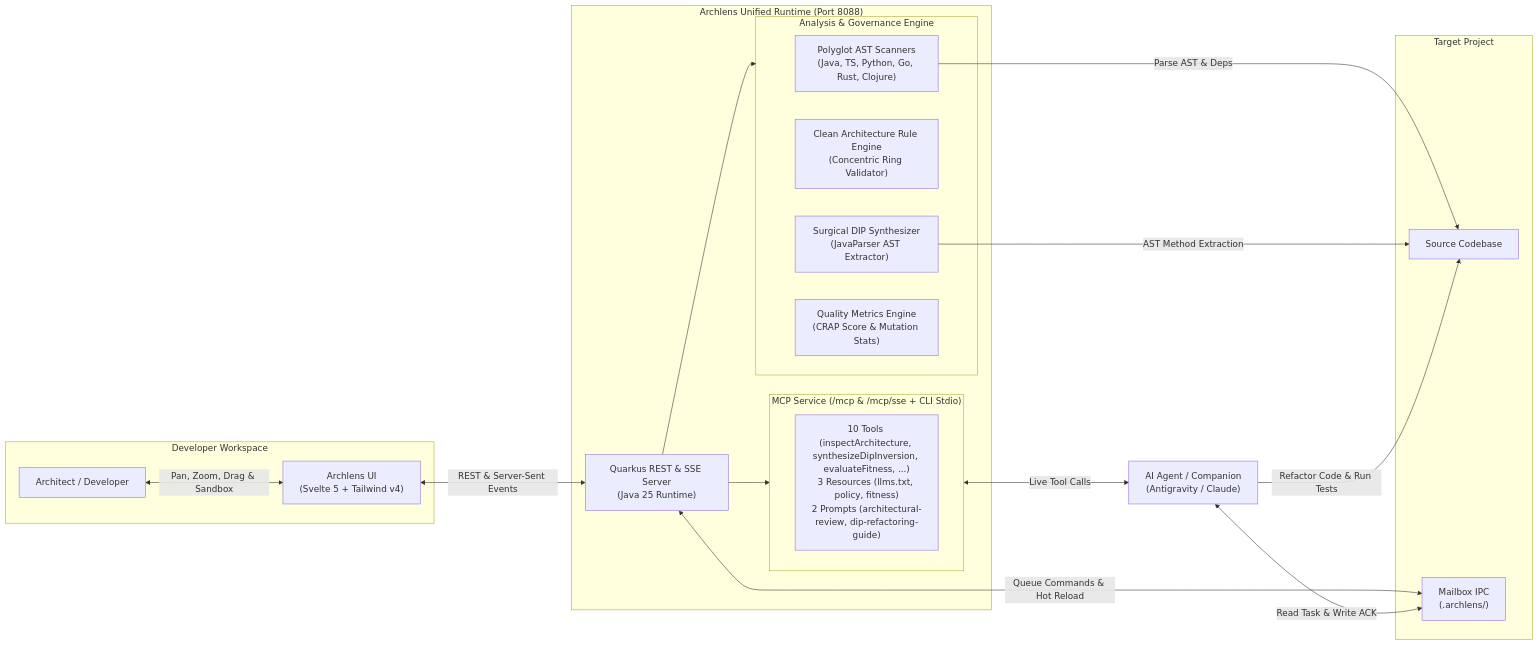
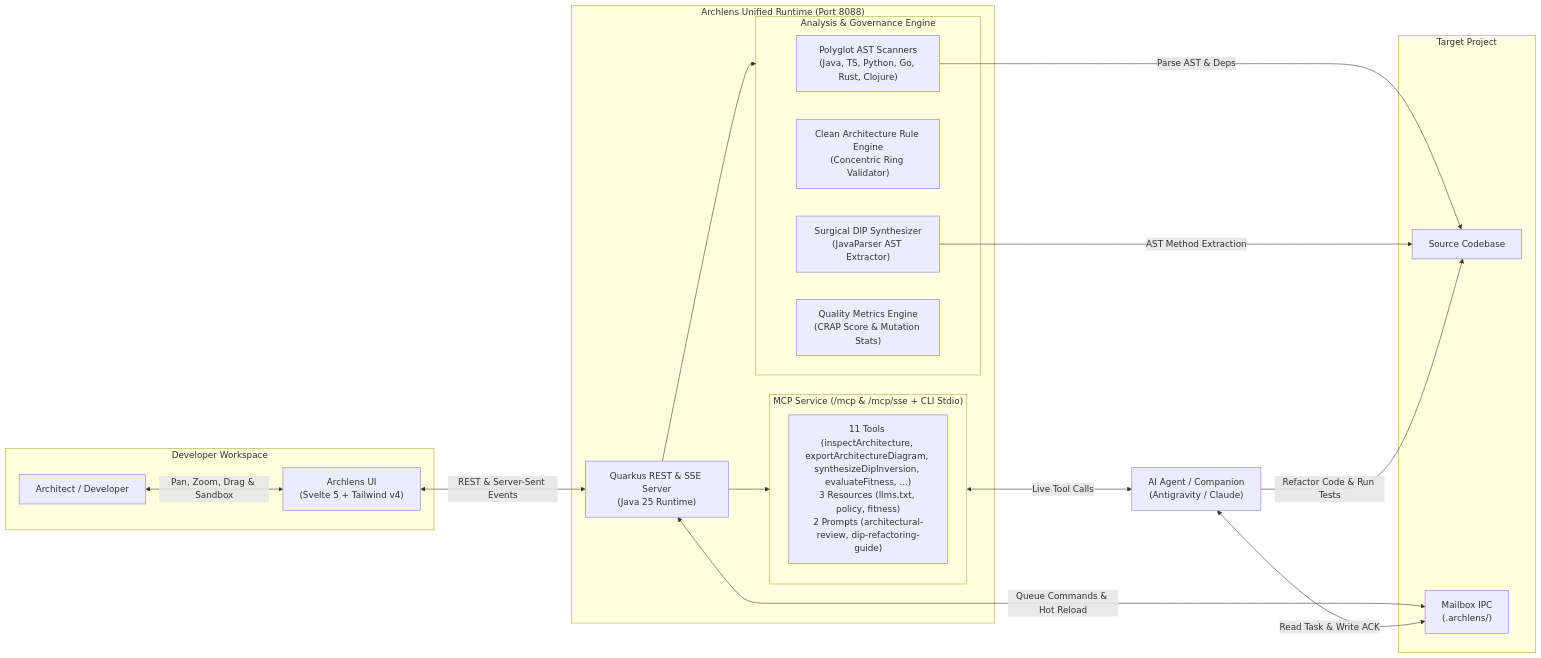
Before and after one commit to fmatar/archlens: the first of 2 diagrams in wiki/Architecture.md, drawn with Mermaid. The commit also changed 10 other files, not shown here.

````diff
--- a/wiki/Architecture.md
+++ b/wiki/Architecture.md
@@ -9,40 +9,40 @@
 ```mermaid
 flowchart LR
     subgraph Client ["Developer Workspace"]
         User["Architect / Developer"]
         Browser["Archlens UI<br/>(Svelte 5 + Tailwind v4)"]
     end
 
     subgraph Runtime ["Archlens Unified Runtime (Port 8088)"]
         Server["Quarkus REST & SSE Server<br/>(Java 25 Runtime)"]
         
         subgraph Core ["Analysis & Governance Engine"]
             Scanner["Polyglot AST Scanners<br/>(Java, TS, Python, Go, Rust, Clojure)"]
             Rules["Clean Architecture Rule Engine<br/>(Concentric Ring Validator)"]
             Synthesizer["Surgical DIP Synthesizer<br/>(JavaParser AST Extractor)"]
             Metrics["Quality Metrics Engine<br/>(CRAP Score & Mutation Stats)"]
         end
         
         subgraph McpServer ["MCP Service (/mcp & /mcp/sse + CLI Stdio)"]
-            Tools["10 Tools (inspectArchitecture, synthesizeDipInversion, evaluateFitness, ...)<br/>3 Resources (llms.txt, policy, fitness)<br/>2 Prompts (architectural-review, dip-refactoring-guide)"]
+            Tools["11 Tools (inspectArchitecture, exportArchitectureDiagram, synthesizeDipInversion, evaluateFitness, ...)<br/>3 Resources (llms.txt, policy, fitness)<br/>2 Prompts (architectural-review, dip-refactoring-guide)"]
         end
     end
 
     subgraph Storage ["Target Project"]
         Code["Source Codebase"]
         Mailbox["Mailbox IPC<br/>(.archlens/)"]
     end
 
     Agent["AI Agent / Companion<br/>(Antigravity / Claude)"]
 
     User <-->|Pan, Zoom, Drag & Sandbox| Browser
     Browser <-->|REST & Server-Sent Events| Server
     Server --> Core
     Scanner -->|Parse AST & Deps| Code
     Synthesizer -->|AST Method Extraction| Code
     Server <-->|Queue Commands & Hot Reload| Mailbox
     Server --> McpServer
     McpServer <-->|Live Tool Calls| Agent
     Agent <-->|Read Task & Write ACK| Mailbox
     Agent -->|Refactor Code & Run Tests| Code
 ```
````
